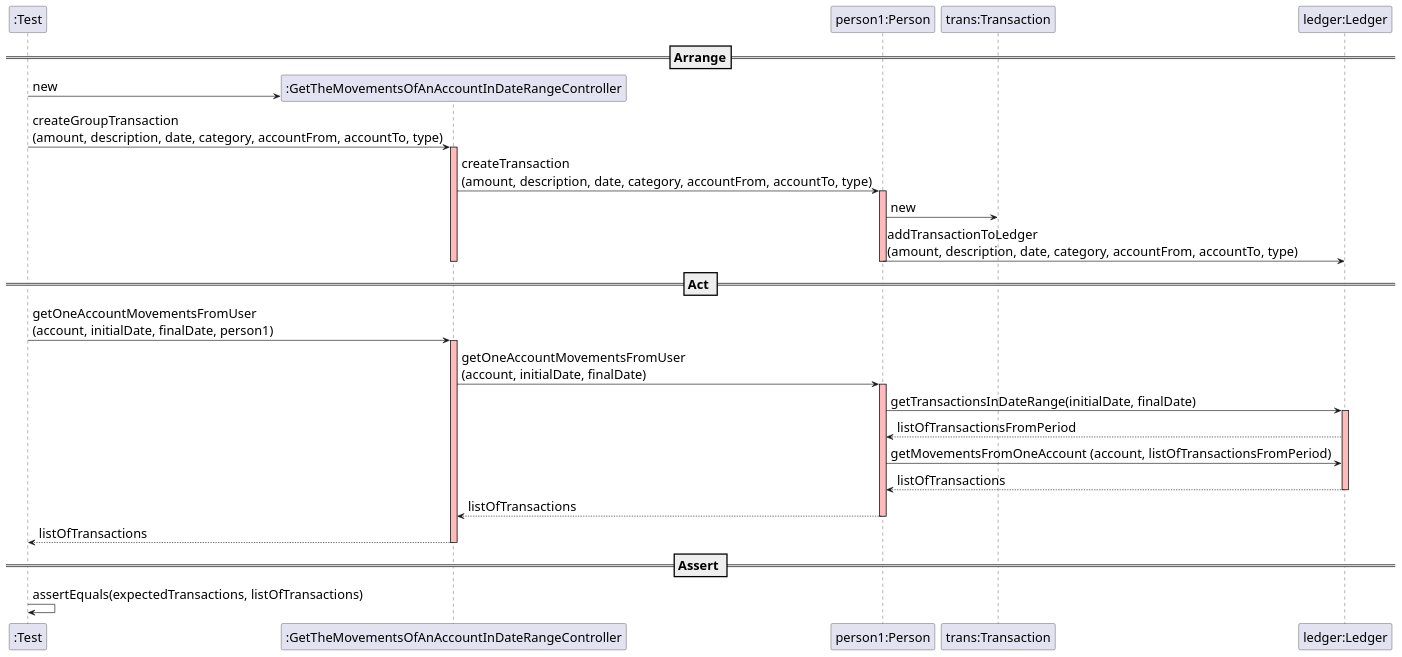
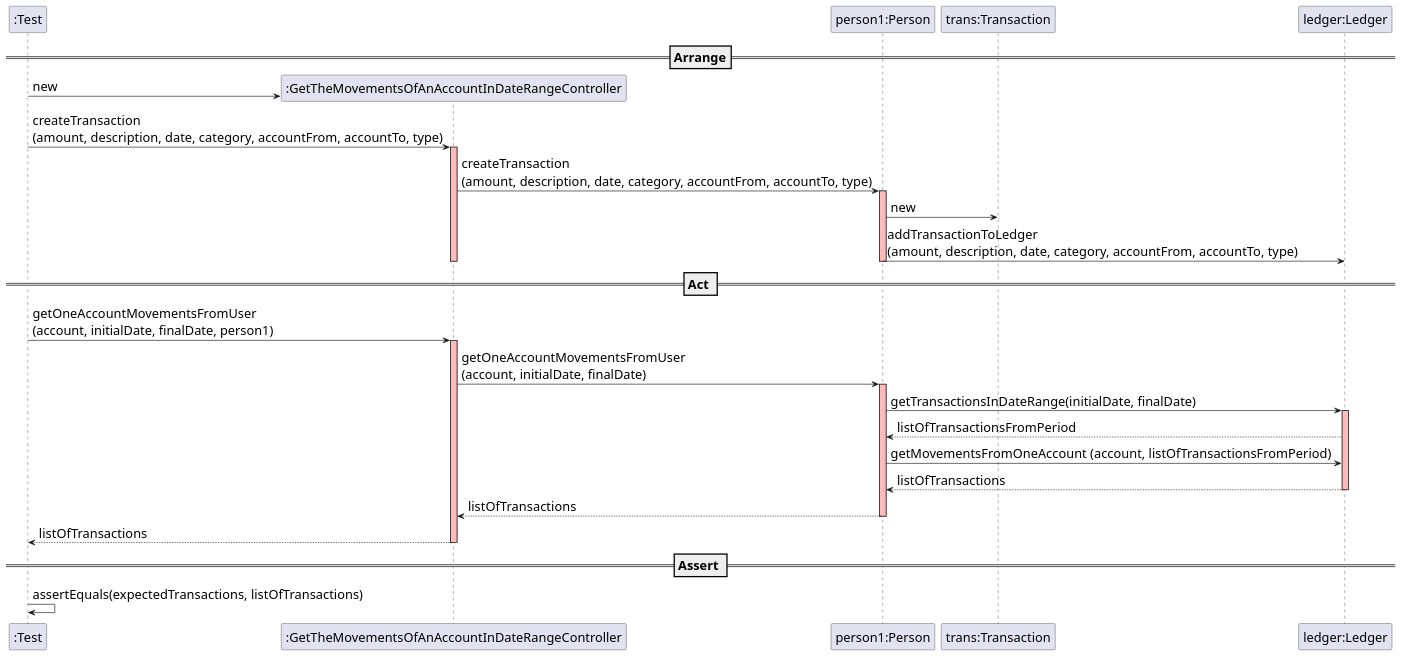
Before and after one commit to mleitaoribeiro/DevOpsMaven: the diagram in docs/SequenceDiagram - US010.1.puml, drawn with PlantUML.

Commit message:
ref #540 Sequence Diagram fix

```diff
--- a/docs/SequenceDiagram - US010.1.puml
+++ b/docs/SequenceDiagram - US010.1.puml
@@ -1,49 +1,49 @@
 @startuml
 
 skinparam DefaultFontSize 20
 
 create ":Test"
 
 ==Arrange==
 
 create ":GetTheMovementsOfAnAccountInDateRangeController"
 ":Test" -> ":GetTheMovementsOfAnAccountInDateRangeController" : new
 
 participant "person1:Person"
-":Test" -> ":GetTheMovementsOfAnAccountInDateRangeController" : createGroupTransaction\n(amount, description, date, category, accountFrom, accountTo, type)
+":Test" -> ":GetTheMovementsOfAnAccountInDateRangeController" : createTransaction\n(amount, description, date, category, accountFrom, accountTo, type)
 activate ":GetTheMovementsOfAnAccountInDateRangeController" #FFBBBB
 ":GetTheMovementsOfAnAccountInDateRangeController" -> "person1:Person" : createTransaction\n(amount, description, date, category, accountFrom, accountTo, type)
 activate "person1:Person" #FFBBBB
 
 participant "trans:Transaction"
 participant "ledger:Ledger"
 "person1:Person" -> "trans:Transaction" : new
 "person1:Person" -> "ledger:Ledger" : addTransactionToLedger\n(amount, description, date, category, accountFrom, accountTo, type)
 deactivate "person1:Person" #FFBBBB
 deactivate ":GetTheMovementsOfAnAccountInDateRangeController" #FFBBBB
 
 == Act ==
 
 ":Test" -> ":GetTheMovementsOfAnAccountInDateRangeController" : getOneAccountMovementsFromUser\n(account, initialDate, finalDate, person1)
 activate ":GetTheMovementsOfAnAccountInDateRangeController" #FFBBBB
 ":GetTheMovementsOfAnAccountInDateRangeController" -> "person1:Person" : getOneAccountMovementsFromUser\n(account, initialDate, finalDate)
 activate "person1:Person" #FFBBBB
 
 
 "person1:Person" -> "ledger:Ledger" : getTransactionsInDateRange(initialDate, finalDate)
 activate "ledger:Ledger" #FFBBBB
 "ledger:Ledger" --> "person1:Person" : listOfTransactionsFromPeriod
 
 "person1:Person" -> "ledger:Ledger" : getMovementsFromOneAccount (account, listOfTransactionsFromPeriod)
 "ledger:Ledger" --> "person1:Person" : listOfTransactions
 deactivate "ledger:Ledger" #FFBBBB
 "person1:Person" --> ":GetTheMovementsOfAnAccountInDateRangeController" : listOfTransactions
 deactivate "person1:Person" #FFBBBB
 ":GetTheMovementsOfAnAccountInDateRangeController" --> ":Test" : listOfTransactions
 deactivate ":GetTheMovementsOfAnAccountInDateRangeController" #FFBBBB
 
 == Assert ==
 
 ":Test" -> ":Test" : assertEquals(expectedTransactions, listOfTransactions)
 
 @enduml
```
